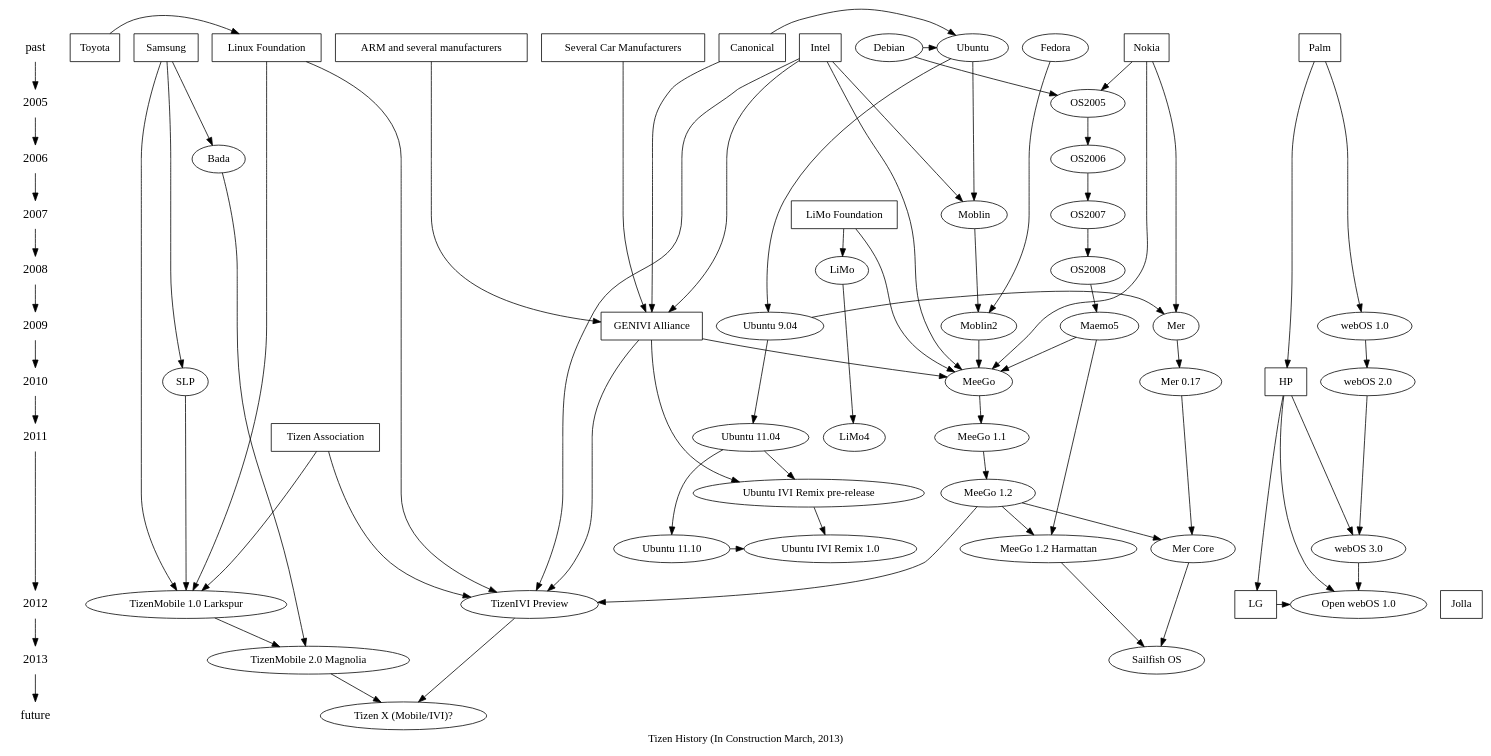
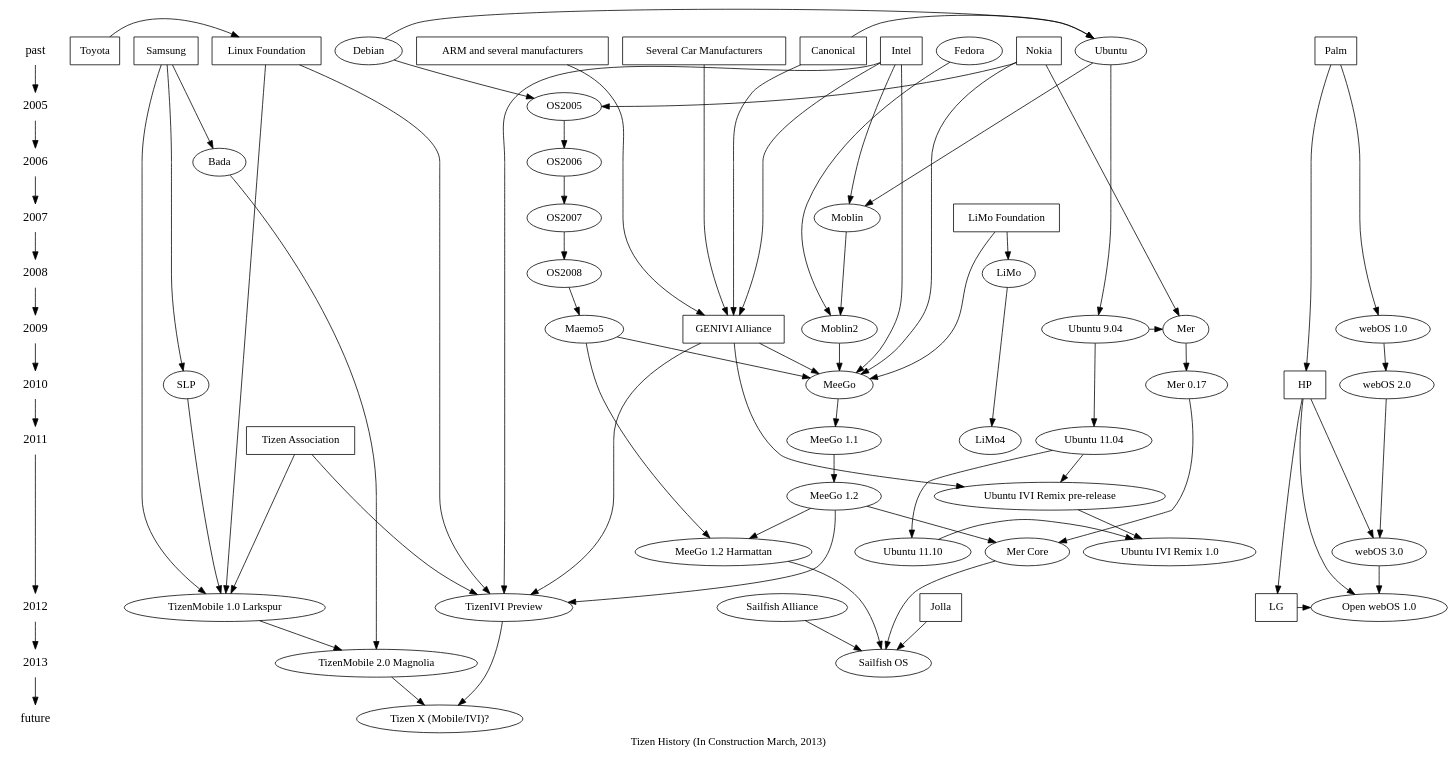
One commit to kumadasu/tizen-history changed the diagram in tizen-history.dot. Above: the diagram before and after it, drawn with Graphviz.

Commit message:
Update tizen-history.dot
Syntax error, link Jolla->Sailfish and Alliance->Sailfish

```diff
--- a/tizen-history.dot
+++ b/tizen-history.dot
@@ -1,104 +1,106 @@
 digraph tizenhistory {
 graph [label="Tizen History (In Construction March, 2013)"]
 /*timeline*/
 {
 	node [shape=plaintext, fontsize=16];
 	"past" -> /*1990 ->
 	1991 -> 1992 -> 1993 -> 1994 -> 1995 ->
 	1996 -> 1997 -> 1998 -> 1999 -> 2000 ->
 	2001 -> 2002 -> 2003 -> 2004 ->*/ 2005 ->
 	2006 -> 2007 -> 2008 -> 2009 -> 2010 ->
 	2011 -> 2012 -> 2013 -> "future";
 }
 
 /* Organizations */
 {
 	node [shape=box];
 	{ rank = same; "past"; "Nokia"}
 	{ rank = same; "past"; "Intel"}
 	{ rank = same; "past"; "Samsung"}
 	{ rank = same; "past"; "ARM and several manufacturers"}
 	{ rank = same; "past"; "Several Car Manufacturers"}
 	{ rank = same; "past"; "Canonical"}
 	{ rank = same; "past"; "Linux Foundation"}
 	{ rank = same; "past"; "Toyota"}
 	{ rank = same; "past"; "Palm"}
 	{ rank = same; "2007"; "LiMo Foundation"}
 	{ rank = same; "2009"; "GENIVI Alliance"}
 	{ rank = same; "2010"; "HP"}
 	{ rank = same; "2011"; "Tizen Association"} //?
 	{ rank = same; "2012"; "Jolla"} //?
 	{ rank = same; "2012"; "LG"} //?
 
 "Toyota" -> "Linux Foundation";
 "Intel" -> "GENIVI Alliance";
 "Several Car Manufacturers" -> "GENIVI Alliance";
 "ARM and several manufacturers" -> "GENIVI Alliance";
 "Canonical" -> "GENIVI Alliance";
 "Palm" -> "HP";
 "HP" -> "LG";
 }
 
 /* Technologies */
 {
 	node [shape=plaintext];
 //	"HTML5";
 }
 
 /* OS */
 { rank = same; "past"; "Ubuntu"; "Fedora"; "Debian"}
 { rank = same; 2005; "OS2005"}
 { rank = same; 2006; "OS2006"}
 { rank = same; 2007; "OS2007"; "Moblin"}
 { rank = same; 2008; "OS2008"; "LiMo"}
 { rank = same; 2009; "Maemo5"; "Moblin2"; "Ubuntu 9.04"; "Mer"; "webOS 1.0"}
 { rank = same; 2010; "MeeGo"; "Mer 0.17"; "SLP"; "webOS 2.0"}
 { rank = same; 2011; "Ubuntu 11.04"; "LiMo4"}
-{ rank = same; "Ubuntu 11.10"; "Ubuntu IVI Remix 1.0", "webOS 3.0"}
+{ rank = same; "Ubuntu 11.10"; "Ubuntu IVI Remix 1.0"; "webOS 3.0"}
 { rank = same; 2012; "TizenMobile 1.0 Larkspur"; "TizenIVI Preview"};
 { rank = same; "TizenMobile 1.0 Larkspur"; "Open webOS 1.0"}
 { rank = same; 2013; "TizenMobile 2.0 Magnolia"; "Sailfish OS"}
 	"Debian" -> "Ubuntu";
 	"Debian" -> "OS2005" -> "OS2006" -> "OS2007" -> "OS2008" -> "Maemo5" -> "MeeGo";
 	"Ubuntu" -> "Moblin" -> "Moblin2";
 	"Fedora" -> "Moblin2" -> "MeeGo";
 	"Ubuntu 9.04" -> "Mer" -> "Mer 0.17" -> "Mer Core";
 	"LiMo" -> "LiMo4";
 	"MeeGo" -> "MeeGo 1.1" -> "MeeGo 1.2" -> "TizenIVI Preview";
 	"Maemo5" -> "MeeGo 1.2 Harmattan";
 	"MeeGo 1.2" -> "Mer Core";
 	"MeeGo 1.2 Harmattan" -> "Sailfish OS";
 	"Mer Core" -> "Sailfish OS";
 	"MeeGo 1.2" -> "MeeGo 1.2 Harmattan";
 	"SLP" -> "TizenMobile 1.0 Larkspur";
 	"Bada" -> "TizenMobile 2.0 Magnolia";
 	"TizenMobile 1.0 Larkspur" -> "TizenMobile 2.0 Magnolia" -> "Tizen X (Mobile/IVI)?";
 	"TizenIVI Preview" -> "Tizen X (Mobile/IVI)?";
 	"Ubuntu" -> "Ubuntu 9.04" -> "Ubuntu 11.04" -> "Ubuntu 11.10" -> "Ubuntu IVI Remix 1.0";
 	"Ubuntu 11.04" -> "Ubuntu IVI Remix pre-release" -> "Ubuntu IVI Remix 1.0";
 	"webOS 1.0" -> "webOS 2.0" -> "webOS 3.0" -> "Open webOS 1.0";
 
 "Canonical" -> "Ubuntu";
 "Nokia" -> "OS2005";
 "Intel" -> "Moblin";
 "Intel" -> "MeeGo";
 "Nokia" -> "Mer";
 "Nokia" -> "MeeGo";
 "Samsung" -> "Bada";
 "Samsung" -> "SLP";
 "Intel" -> "TizenIVI Preview";
 "Samsung" -> "TizenMobile 1.0 Larkspur";
 "GENIVI Alliance" -> "MeeGo";
 "GENIVI Alliance" -> "TizenIVI Preview";
 "GENIVI Alliance" -> "Ubuntu IVI Remix pre-release";
 "LiMo Foundation" -> "LiMo";
 "LiMo Foundation" -> "MeeGo";
 "Tizen Association" -> "TizenIVI Preview";
 "Tizen Association" -> "TizenMobile 1.0 Larkspur";
 "Linux Foundation" -> "TizenIVI Preview";
 "Linux Foundation" -> "TizenMobile 1.0 Larkspur";
 "Palm" -> "webOS 1.0";
 "HP" -> "webOS 3.0";
 "HP" -> "Open webOS 1.0";
 "LG" -> "Open webOS 1.0";
+"Jolla" -> "Sailfish OS";
+"Sailfish Alliance" -> "Sailfish OS";
 }
```
